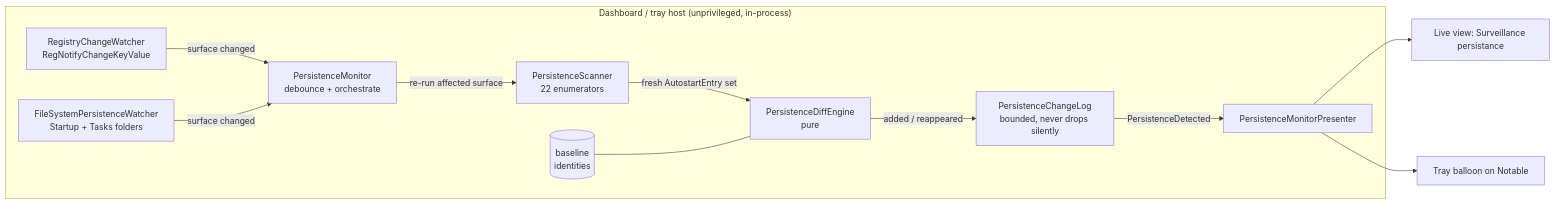
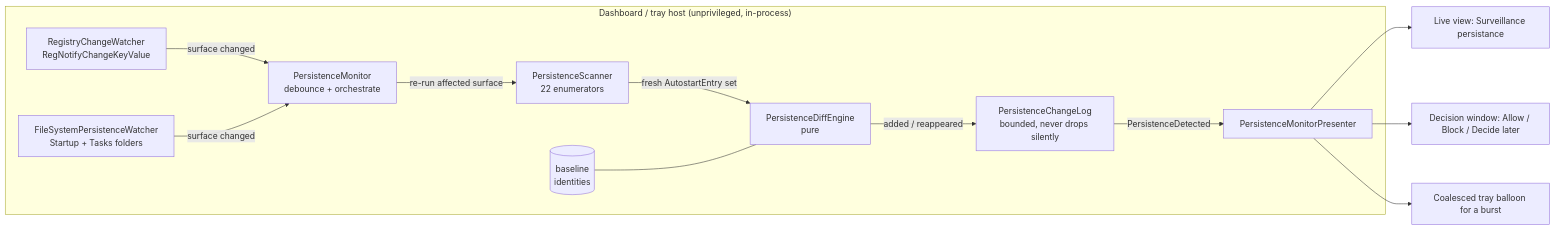
The diagram in docs/GUARDIAN_DESIGN.md (ClementG91/winsight), drawn with Mermaid before and after one commit. The commit also changed other lines of this file and 171 other files, not shown here.

````diff
--- a/docs/GUARDIAN_DESIGN.md
+++ b/docs/GUARDIAN_DESIGN.md
@@ -56,15 +57,16 @@
 ```mermaid
 flowchart LR
     subgraph host["Dashboard / tray host (unprivileged, in-process)"]
         RW[RegistryChangeWatcher<br/>RegNotifyChangeKeyValue] -->|surface changed| MON
         FW[FileSystemPersistenceWatcher<br/>Startup + Tasks folders] -->|surface changed| MON
         MON[PersistenceMonitor<br/>debounce + orchestrate]
         MON -->|re-run affected surface| SCAN[PersistenceScanner<br/>22 enumerators]
         SCAN -->|fresh AutostartEntry set| DIFF[PersistenceDiffEngine<br/>pure]
         BASE[(baseline<br/>identities)] --- DIFF
         DIFF -->|added / reappeared| LOG[PersistenceChangeLog<br/>bounded, never drops silently]
         LOG -->|PersistenceDetected| PRES[PersistenceMonitorPresenter]
     end
     PRES --> VIEW[Live view: Surveillance persistance]
-    PRES --> TRAY[Tray balloon on Notable]
+    PRES --> WIN[Decision window: Allow / Block / Decide later]
+    PRES --> TRAY[Coalesced tray balloon for a burst]
 ```
````
